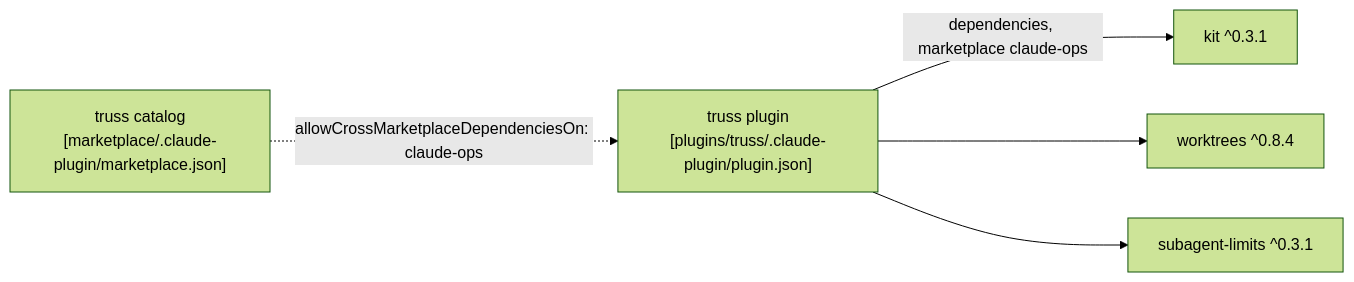
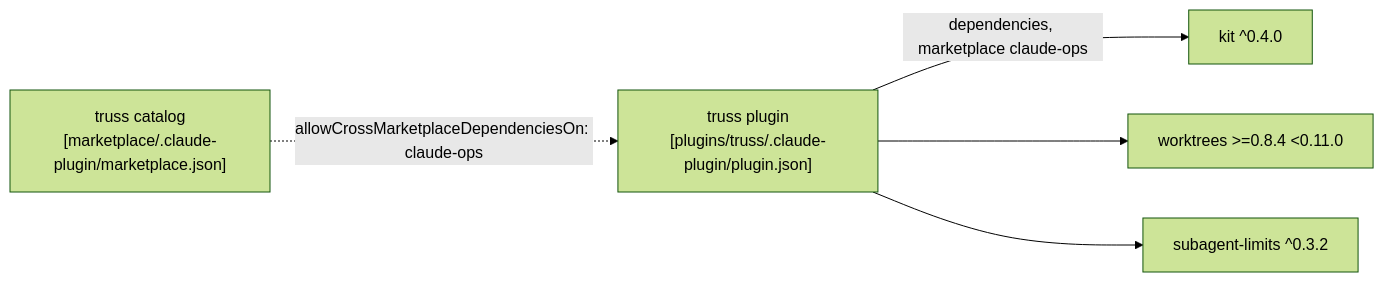
Before and after one commit to AbhiramDwivedi/truss: diagram 23 of 23 in plugins/truss/docs/architecture.md, drawn with Mermaid (forest theme). The commit also changed other lines of this file and 4 other files, not shown here.

First line of the commit message:
docs: state the plugin.json dependency ranges in READMEs and architecture, pin them in a check

````diff
--- a/plugins/truss/docs/architecture.md
+++ b/plugins/truss/docs/architecture.md
@@ -1423,12 +1423,12 @@
 ```mermaid
 flowchart LR
   truss["truss plugin<br/>[plugins/truss/.claude-plugin/plugin.json]"]
   cat["truss catalog<br/>[marketplace/.claude-plugin/marketplace.json]"]
-  kit["kit ^0.3.1"]
-  wt["worktrees ^0.8.4"]
-  sl["subagent-limits ^0.3.1"]
+  kit["kit ^0.4.0"]
+  wt["worktrees >=0.8.4 <0.11.0"]
+  sl["subagent-limits ^0.3.2"]
   truss -->|"dependencies, marketplace claude-ops"| kit
   truss --> wt
   truss --> sl
   cat -.->|"allowCrossMarketplaceDependenciesOn: claude-ops"| truss
 ```
````
